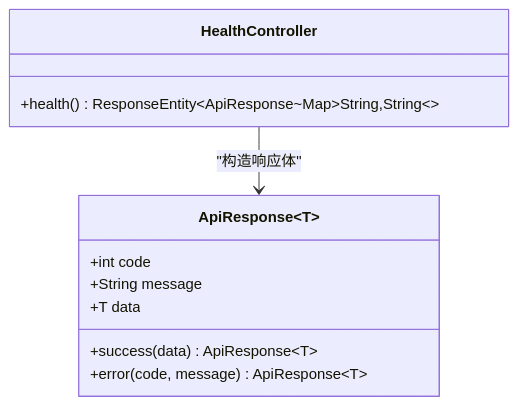
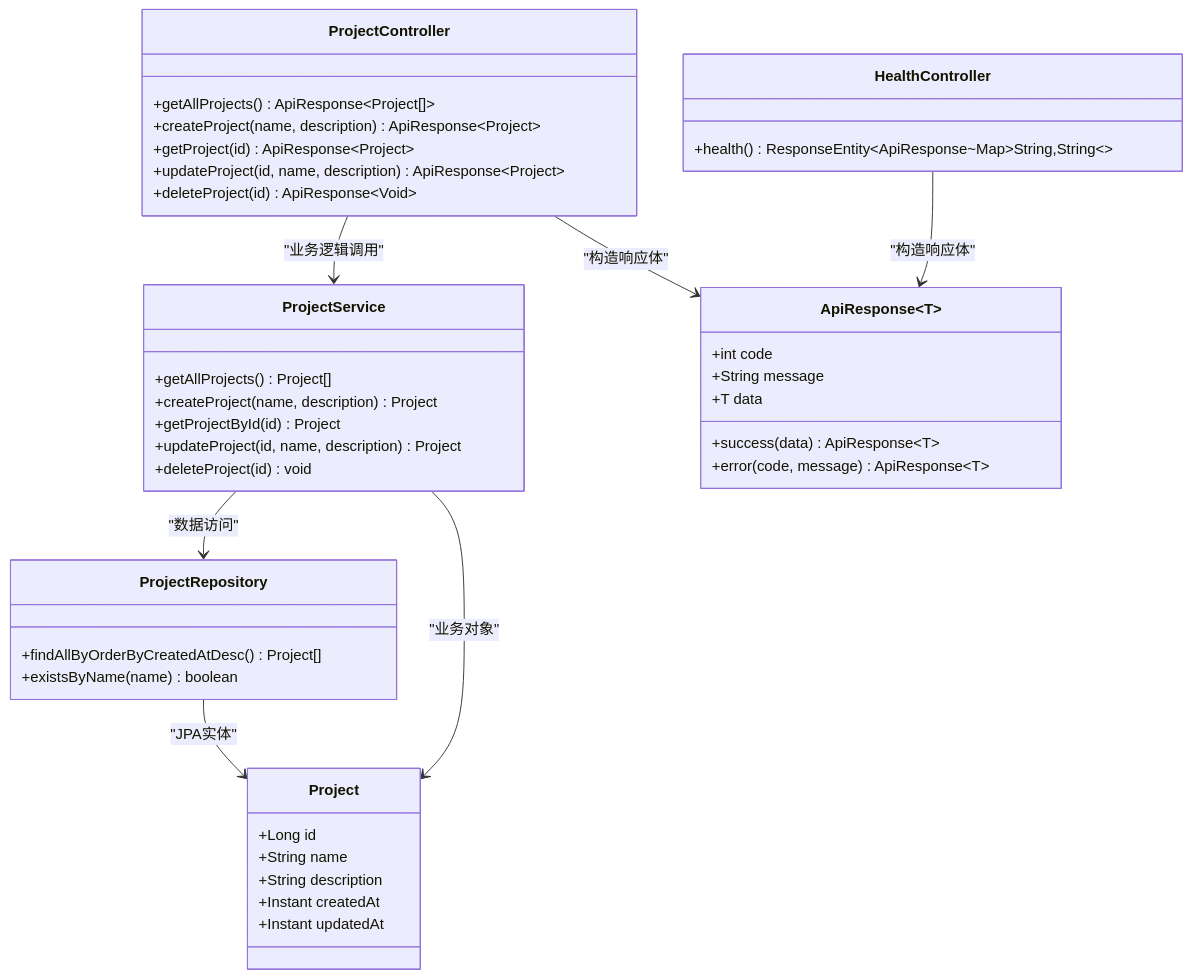
One commit to zhou9832/test1-qoder changed the third of 3 diagrams in .qoder/repowiki/zh/content/后端架构/API控制器层.md. Above: the diagram before and after it, drawn with Mermaid. The commit also changed other lines of this file and 48 other files, not shown here.

````diff
--- a/.qoder/repowiki/zh/content/后端架构/API控制器层.md
+++ b/.qoder/repowiki/zh/content/后端架构/API控制器层.md
@@ -152,14 +225,44 @@
 ```mermaid
 classDiagram
 class HealthController {
 +health() ResponseEntity~ApiResponse~Map~String,String~~
+}
+class ProjectController {
++getAllProjects() ApiResponse~Project[]~
++createProject(name, description) ApiResponse~Project~
++getProject(id) ApiResponse~Project~
++updateProject(id, name, description) ApiResponse~Project~
++deleteProject(id) ApiResponse~Void~
+}
+class ProjectService {
++getAllProjects() Project[]
++createProject(name, description) Project
++getProjectById(id) Project
++updateProject(id, name, description) Project
++deleteProject(id) void
+}
+class ProjectRepository {
++findAllByOrderByCreatedAtDesc() Project[]
++existsByName(name) boolean
 }
 class ApiResponse~T~ {
 +int code
 +String message
 +T data
 +success(data) ApiResponse~T~
 +error(code, message) ApiResponse~T~
 }
+class Project {
++Long id
++String name
++String description
++Instant createdAt
++Instant updatedAt
+}
 HealthController --> ApiResponse : "构造响应体"
+ProjectController --> ProjectService : "业务逻辑调用"
+ProjectController --> ApiResponse : "构造响应体"
+ProjectService --> ProjectRepository : "数据访问"
+ProjectService --> Project : "业务对象"
+ProjectRepository --> Project : "JPA实体"
 ```
````
